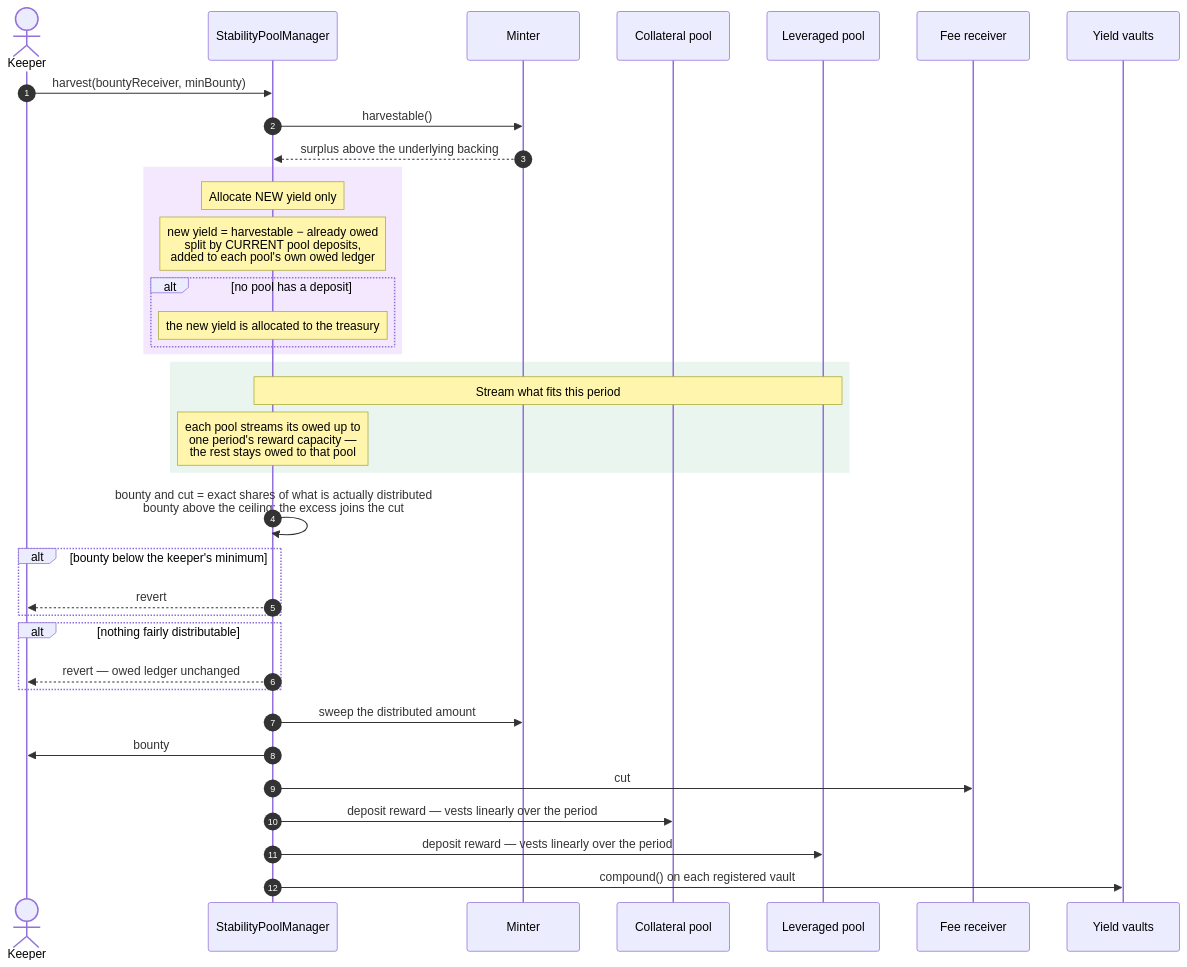
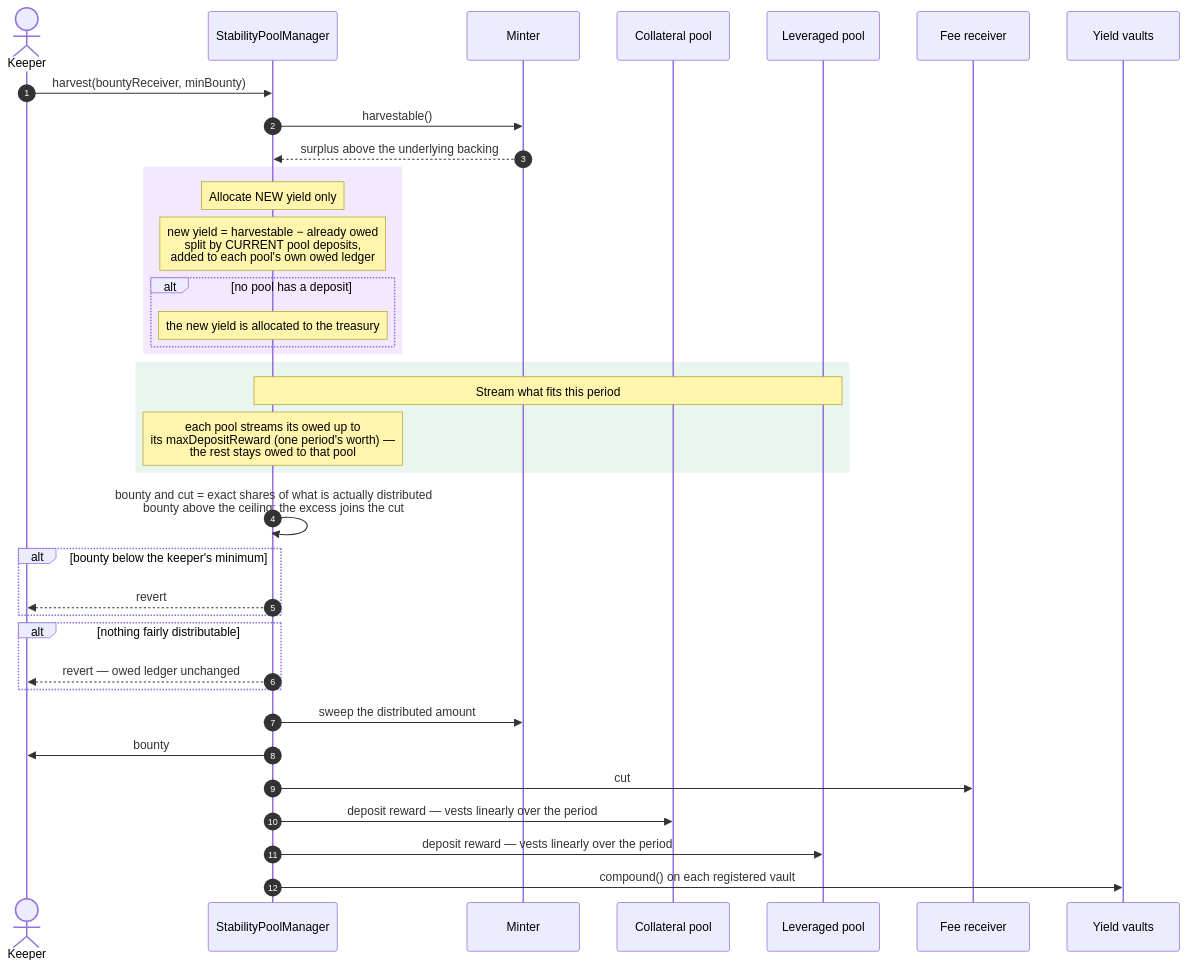
Before and after one commit to baofinance/harbor: the ninth of 16 diagrams in doc/functional-spec.md, drawn with Mermaid. The commit also changed other lines of this file and 39 other files, not shown here.

First line of the commit message:
graphs brought to the tree's minter, drawn in range, and named by the functions they measure

````diff
--- a/doc/functional-spec.md
+++ b/doc/functional-spec.md
@@ -1484,43 +1487,43 @@
 ```mermaid
 sequenceDiagram
     autonumber
     actor K as Keeper
     participant SPM as StabilityPoolManager
     participant M as Minter
     participant PC as Collateral pool
     participant PL as Leveraged pool
     participant F as Fee receiver
     participant YV as Yield vaults
 
     K->>SPM: harvest(bountyReceiver, minBounty)
     SPM->>M: harvestable()
     M-->>SPM: surplus above the underlying backing
 
     rect rgb(243, 232, 253)
     note over SPM: Allocate NEW yield only
     note over SPM: new yield = harvestable − already owed<br/>split by CURRENT pool deposits,<br/>added to each pool's own owed ledger
     alt no pool has a deposit
         note over SPM: the new yield is allocated to the treasury
     end
     end
 
     rect rgb(233, 245, 238)
     note over SPM,PL: Stream what fits this period
-    note over SPM: each pool streams its owed up to<br/>one period's reward capacity —<br/>the rest stays owed to that pool
+    note over SPM: each pool streams its owed up to<br/>its maxDepositReward (one period's worth) —<br/>the rest stays owed to that pool
     end
 
     SPM->>SPM: bounty and cut = exact shares of what is actually distributed<br/>bounty above the ceiling: the excess joins the cut
     alt bounty below the keeper's minimum
         SPM-->>K: revert
     end
     alt nothing fairly distributable
         SPM-->>K: revert — owed ledger unchanged
     end
 
     SPM->>M: sweep the distributed amount
     SPM->>K: bounty
     SPM->>F: cut
     SPM->>PC: deposit reward — vests linearly over the period
     SPM->>PL: deposit reward — vests linearly over the period
     SPM->>YV: compound() on each registered vault
 ```
````
